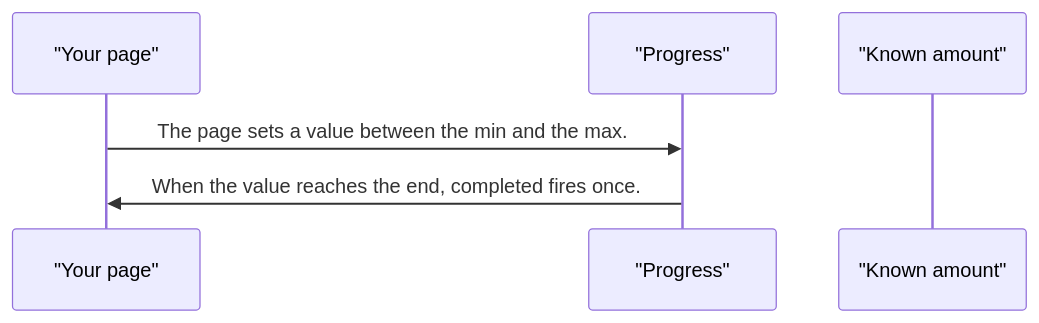
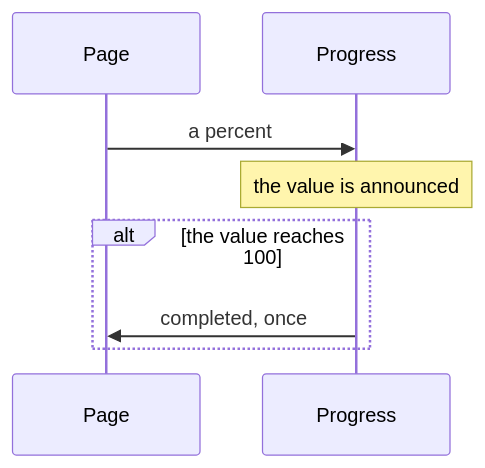
One commit to RajshekharBorate/pixel-ui changed the second of 3 diagrams in projects/pixel-ui/src/lib/pixel-progress/DESIGN.md. Above: the diagram before and after it, drawn with Mermaid. The commit also changed other lines of this file and 73 other files, not shown here.

Commit message:
Explain who owns each value and what each flow does in every component and service design.

````diff
--- a/projects/pixel-ui/src/lib/pixel-progress/DESIGN.md
+++ b/projects/pixel-ui/src/lib/pixel-progress/DESIGN.md
@@ -46,8 +59,10 @@
 ```mermaid
 sequenceDiagram
-  participant page as "Your page"
-  participant bar as "Progress"
-  participant value as "Known amount"
-  page->>bar: The page sets a value between the min and the max.
-  bar->>page: When the value reaches the end, completed fires once.
+  participant Page
+  participant Bar as Progress
+  Page->>Bar: a percent
+  Note over Bar: the value is announced
+  alt the value reaches 100
+    Bar->>Page: completed, once
+  end
 ```
````
